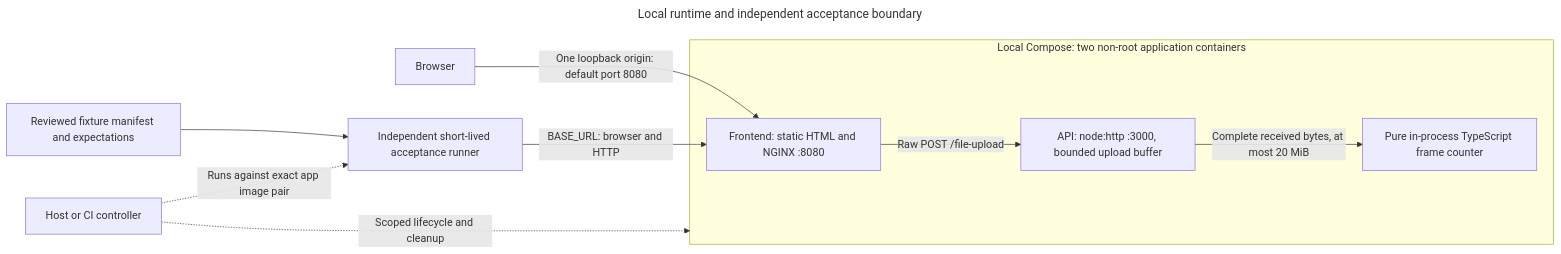
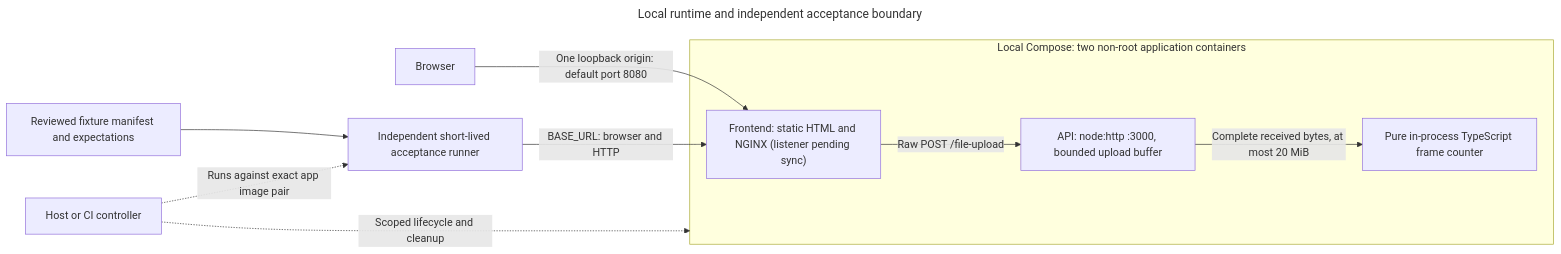
Before and after one commit to brobro10000/mp3-frame-counter: the diagram in docs/architecture/diagrams/runtime.mmd, drawn with Mermaid.

Commit message:
test: exercise Mermaid source synchronization

```diff
--- a/docs/architecture/diagrams/runtime.mmd
+++ b/docs/architecture/diagrams/runtime.mmd
@@ -1,30 +1,30 @@
 ---
 title: Local runtime and independent acceptance boundary
 query: >-
   Show the implemented local runtime as a compact flowchart. Keep the two Compose application containers distinct
   from the temporary independent acceptance runner and host controller. Show the single browser origin, raw upload
   proxy, bounded in-process API/parser boundary, and reviewed fixture inputs. This view describes local execution;
   do not infer cloud deployment or introduce services absent from the referenced source.
 references:
   - "File: /compose.yaml"
   - "File: /frontend/Dockerfile"
   - "File: /frontend/nginx.conf.template"
   - "File: /server/Dockerfile"
   - "File: /server/src/http.ts"
   - "File: /server/src/mp3.ts"
   - "File: /scripts/run-e2e.mjs"
 ---
 flowchart LR
     B["Browser"]
     subgraph LOCAL["Local Compose: two non-root application containers"]
-        F["Frontend: static HTML and NGINX :8080"]
+        F["Frontend: static HTML and NGINX (listener pending sync)"]
         A["API: node:http :3000, bounded upload buffer"]
         P["Pure in-process TypeScript frame counter"]
         F -->|"Raw POST /file-upload"| A
         A -->|"Complete received bytes, at most 20 MiB"| P
     end
     B -->|"One loopback origin: default port 8080"| F
     T["Independent short-lived acceptance runner"] -->|"BASE_URL: browser and HTTP"| F
     O["Reviewed fixture manifest and expectations"] --> T
     C["Host or CI controller"] -.->|"Scoped lifecycle and cleanup"| LOCAL
     C -.->|"Runs against exact app image pair"| T
```
